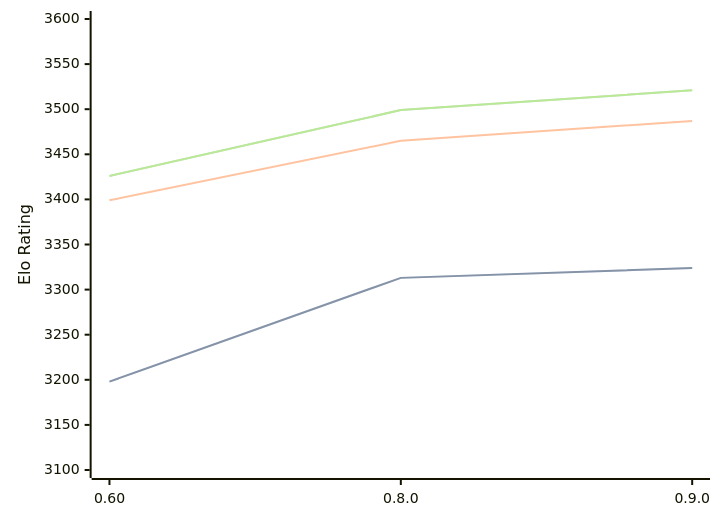
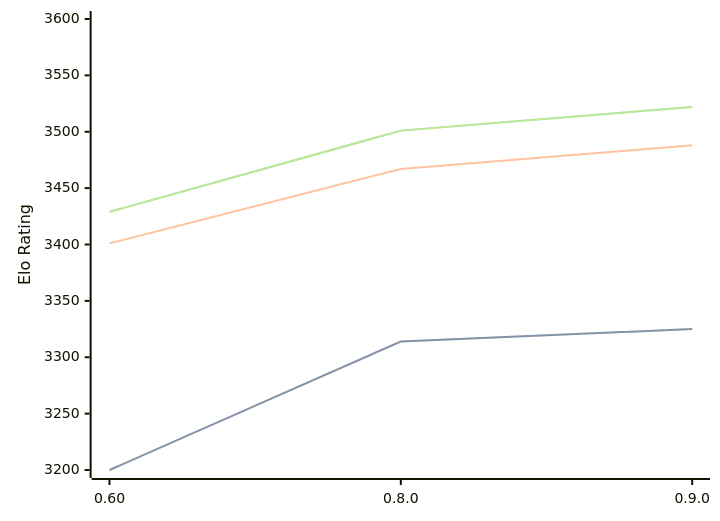
Before and after one commit to computer-chess-index/cci: the diagram in engines/Motor.md, drawn with Mermaid. The commit also changed other lines of this file, not shown here.

Commit message:
Update CCI Ratings (ELO VLTC) - 2026-08-09

````diff
--- a/engines/Motor.md
+++ b/engines/Motor.md
@@ -33,11 +33,11 @@
 ```mermaid
 %%{init: {"theme":"base","themeVariables":{"seriesColors:['#a3a3a3','#222221','#faa371']}}}%%
 xychart-beta
   x-axis ["0.60", "0.8.0", "0.9.0"]
-  y-axis "Elo Rating" 3100 --> 3600
-  line "STC (8.0+0.08s)" [3198, 3313, 3324]
-  line "STC (8.0+0.08s)" [3198, 3313, 3324]
-  line "LTC (60.0+0.60s)" [3399, 3465, 3487]
-  line "VLTC (2m24s+1.12s)" [3426, 3499, 3521]
-  line "VLTC (2m24s+1.12s)" [3426, 3499, 3521]
+  y-axis "Elo Rating" 3200 --> 3600
+  line "STC (8.0+0.08s)" [3200, 3314, 3325]
+  line "STC (8.0+0.08s)" [3200, 3314, 3325]
+  line "LTC (60.0+0.60s)" [3401, 3467, 3488]
+  line "VLTC (2m24s+1.12s)" [3429, 3501, 3522]
+  line "VLTC (2m24s+1.12s)" [3429, 3501, 3522]
 ```
````
